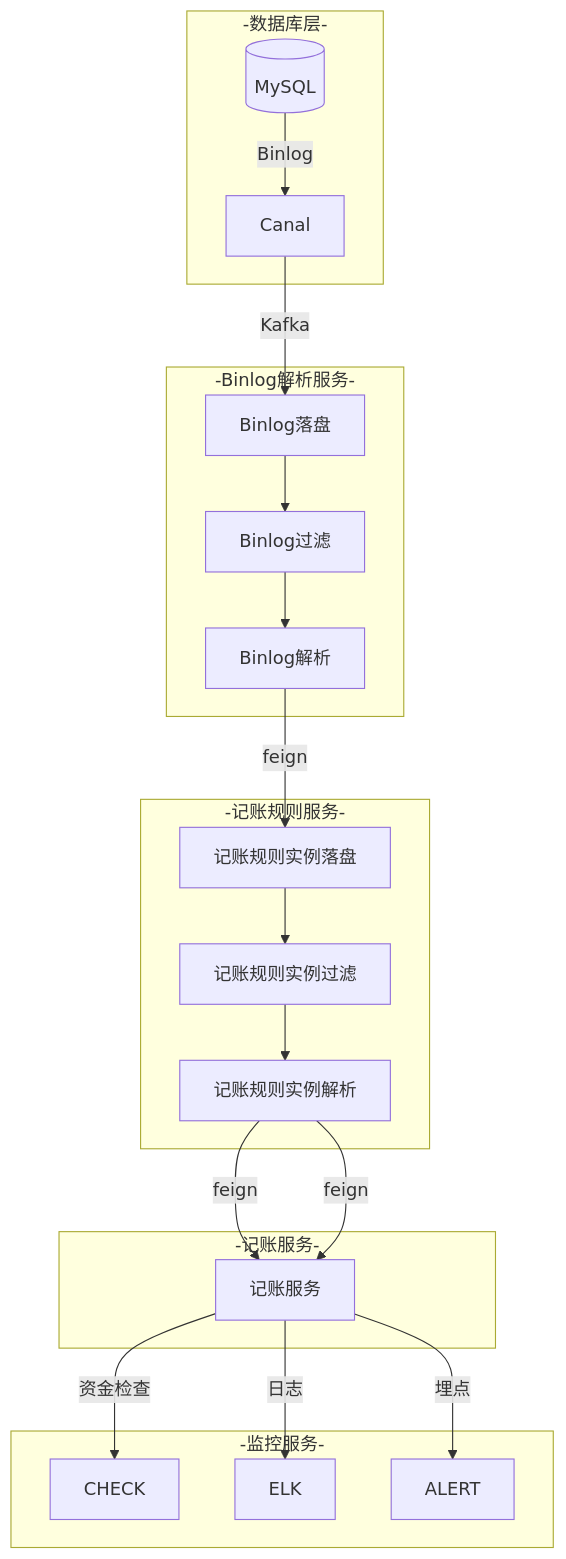
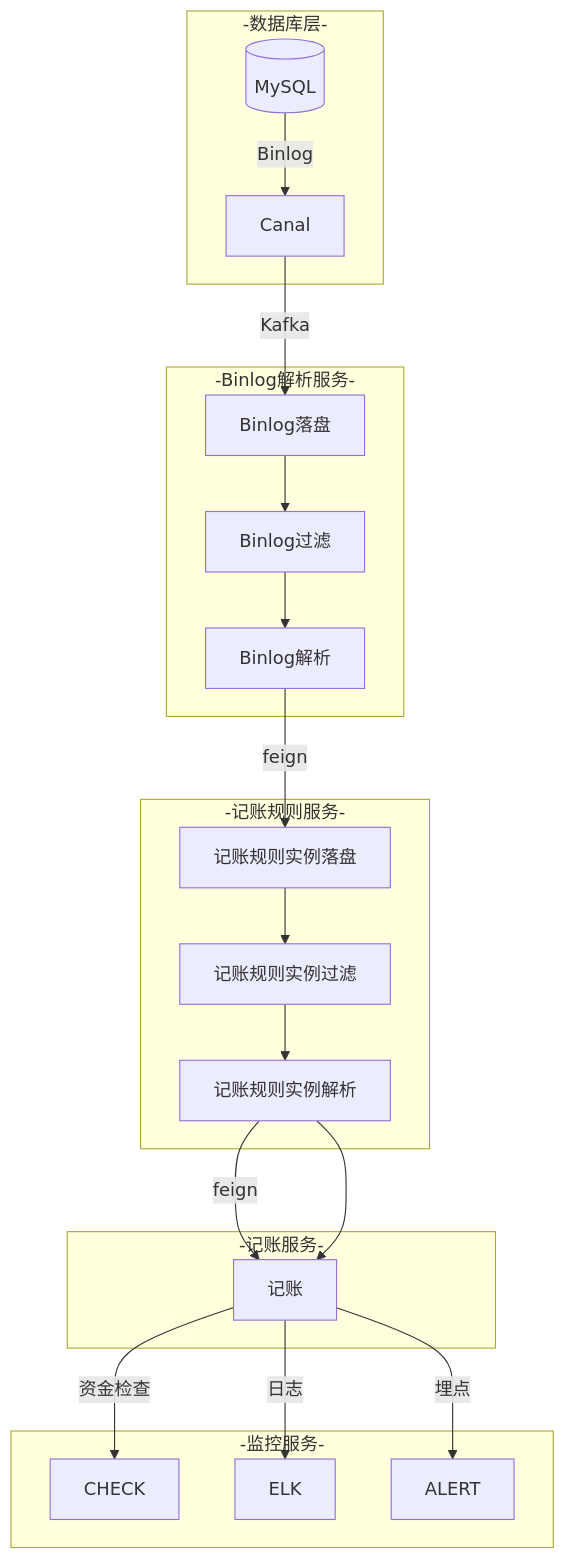
The diagram in all/记账架构图.md (87828943/iodraw-files), drawn with Mermaid before and after one commit.

Commit message:
2025-07-07 15:04:41 update

````diff
--- a/all/记账架构图.md
+++ b/all/记账架构图.md
@@ -1,25 +1,25 @@
 ```mermaid
 graph TB
     subgraph -数据库层-
         DB[(MySQL)] -->|Binlog| Canal
     end
     subgraph -Binlog解析服务-
         Canal -->|Kafka| Binlog[Binlog落盘]
         Binlog --> Binlog1[Binlog过滤]
         Binlog1 --> Binlog2[Binlog解析]
     end
     subgraph -记账规则服务-
         Binlog2 -->|feign| AccountingRule[记账规则实例落盘]
         AccountingRule --> AccountingRule1[记账规则实例过滤]
         AccountingRule1 --> AccountingRule2[记账规则实例解析] 
     end
     subgraph -记账服务-
-       AccountingRule2 -->|feign| Accounting[记账服务]
-       AccountingRule2 -->|feign| Accounting[记账服务]
+       AccountingRule2 -->|feign| Accounting[记账]
+       AccountingRule2 --> Accounting[记账]
     end
     subgraph -监控服务-
         Accounting --> |资金检查| CHECK
         Accounting -->|日志| ELK
         Accounting -->|埋点| ALERT
     end
 ```
````
